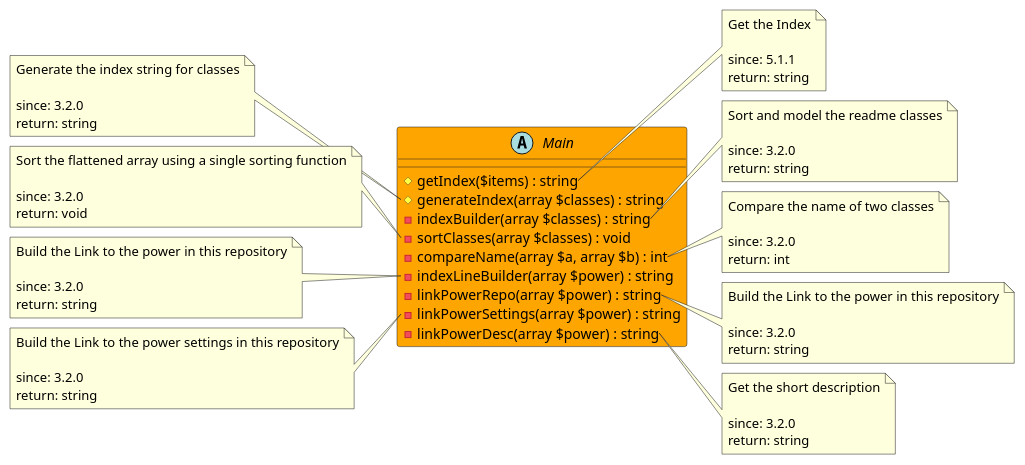
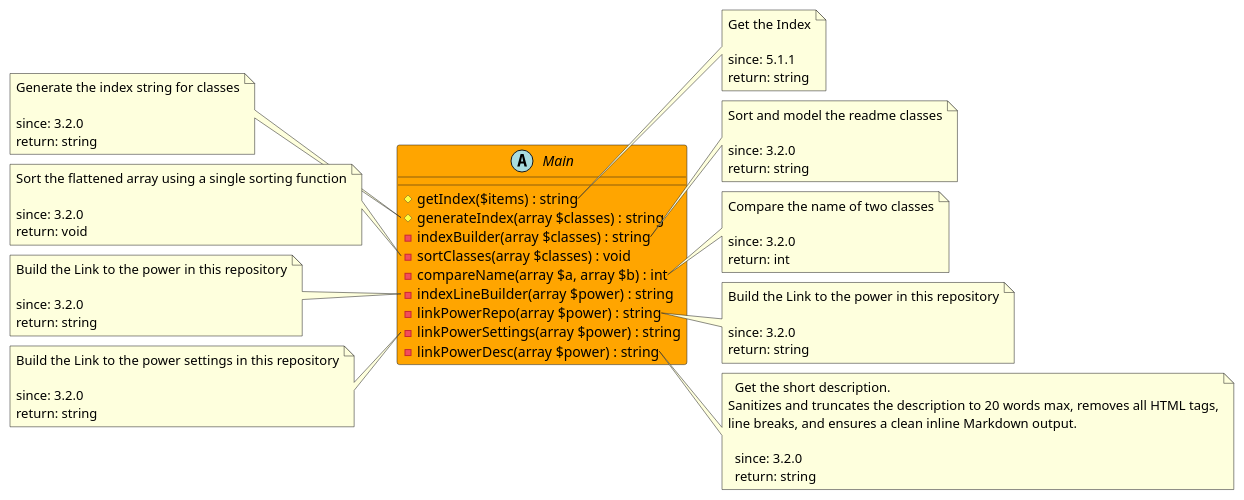
One commit to joomengine/jcb-packager changed the diagram in src/79bcae7f-6fa9-4cb9-96b7-a4ec0a8d556c/README.md. Above: the diagram before and after it, drawn with PlantUML. The commit also changed 149 other files, not shown here.

````diff
--- a/src/79bcae7f-6fa9-4cb9-96b7-a4ec0a8d556c/README.md
+++ b/src/79bcae7f-6fa9-4cb9-96b7-a4ec0a8d556c/README.md
@@ -5,80 +5,82 @@
 ```uml
 @startuml
 
 abstract Main  #Orange {
   # getIndex($items) : string
   # generateIndex(array $classes) : string
   - indexBuilder(array $classes) : string
   - sortClasses(array $classes) : void
   - compareName(array $a, array $b) : int
   - indexLineBuilder(array $power) : string
   - linkPowerRepo(array $power) : string
   - linkPowerSettings(array $power) : string
   - linkPowerDesc(array $power) : string
 }
 
 note right of Main::getIndex
   Get the Index
 
   since: 5.1.1
   return: string
 end note
 
 note left of Main::generateIndex
   Generate the index string for classes
 
   since: 3.2.0
   return: string
 end note
 
 note right of Main::indexBuilder
   Sort and model the readme classes
 
   since: 3.2.0
   return: string
 end note
 
 note left of Main::sortClasses
   Sort the flattened array using a single sorting function
 
   since: 3.2.0
   return: void
 end note
 
 note right of Main::compareName
   Compare the name of two classes
 
   since: 3.2.0
   return: int
 end note
 
 note left of Main::indexLineBuilder
   Build the Link to the power in this repository
 
   since: 3.2.0
   return: string
 end note
 
 note right of Main::linkPowerRepo
   Build the Link to the power in this repository
 
   since: 3.2.0
   return: string
 end note
 
 note left of Main::linkPowerSettings
   Build the Link to the power settings in this repository
 
   since: 3.2.0
   return: string
 end note
 
 note right of Main::linkPowerDesc
-  Get the short description
+  Get the short description.
+Sanitizes and truncates the description to 20 words max, removes all HTML tags,
+line breaks, and ensures a clean inline Markdown output.
 
   since: 3.2.0
   return: string
 end note
 
 @enduml
 ```
````
